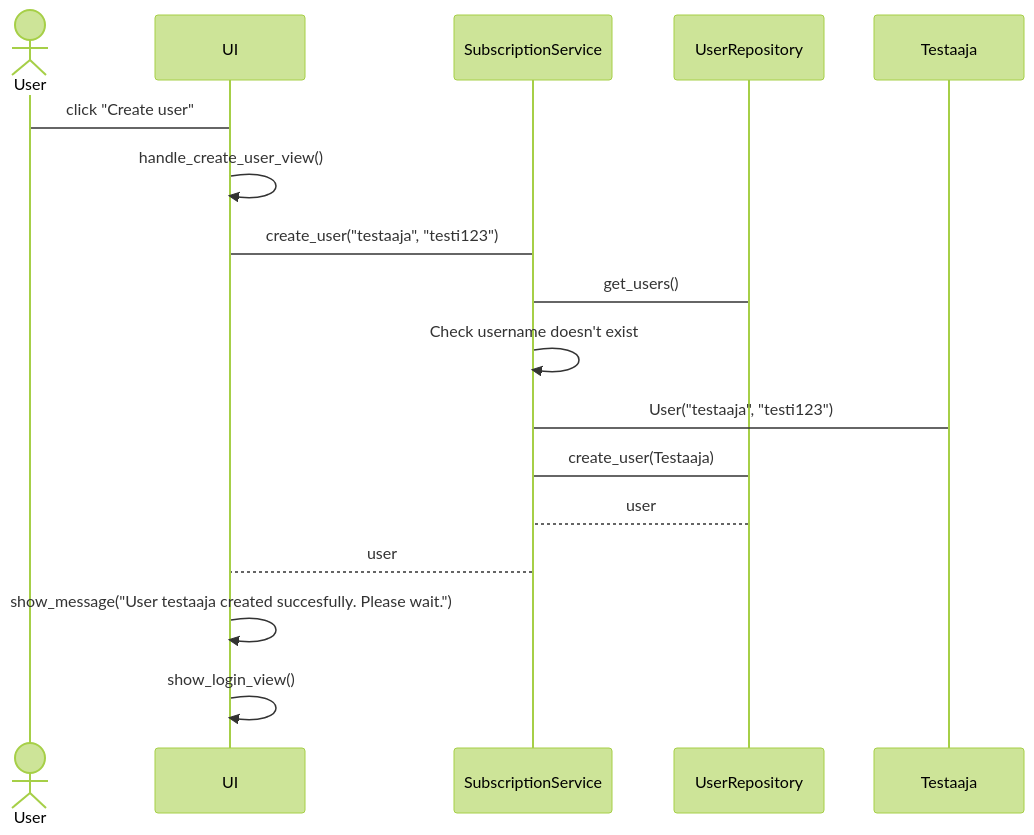
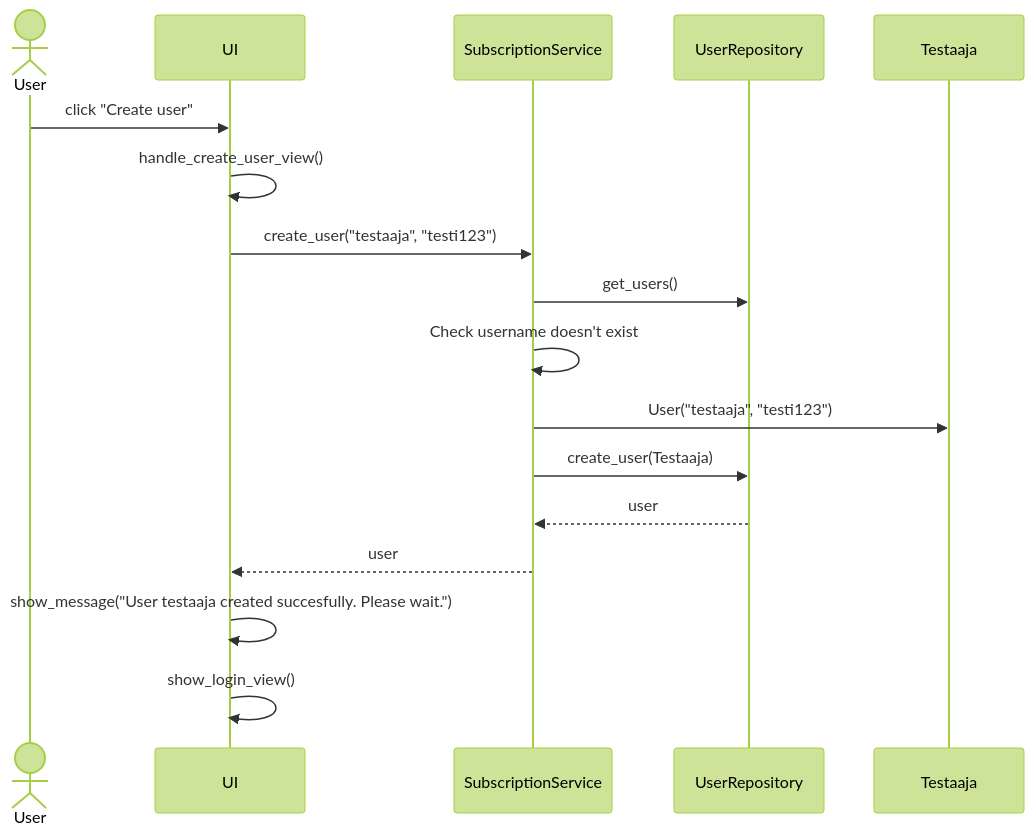
Before and after one commit to imhlas/ot-harjoitustyo: the third of 5 diagrams in harjoitustyo/dokumentaatio/arkkitehtuuri.md, drawn with Mermaid (forest theme). The commit also changed other lines of this file, not shown here.

````diff
--- a/harjoitustyo/dokumentaatio/arkkitehtuuri.md
+++ b/harjoitustyo/dokumentaatio/arkkitehtuuri.md
@@ -48,19 +48,19 @@
 ```mermaid
 sequenceDiagram
   actor User
   participant UI
   participant SubscriptionService
   participant UserRepository
   participant Testaaja
-  User->UI: click "Create user"
+  User->>UI: click "Create user"
   UI->>UI: handle_create_user_view()
-  UI->SubscriptionService: create_user("testaaja", "testi123")
-  SubscriptionService->UserRepository: get_users()
+  UI->>SubscriptionService: create_user("testaaja", "testi123")
+  SubscriptionService->>UserRepository: get_users()
   SubscriptionService->>SubscriptionService: Check username doesn't exist
-  SubscriptionService->Testaaja: User("testaaja", "testi123")
-  SubscriptionService->UserRepository: create_user(Testaaja)
-  UserRepository-->SubscriptionService: user
-  SubscriptionService-->UI: user
+  SubscriptionService->>Testaaja: User("testaaja", "testi123")
+  SubscriptionService->>UserRepository: create_user(Testaaja)
+  UserRepository-->>SubscriptionService: user
+  SubscriptionService-->>UI: user
   UI->>UI: show_message("User testaaja created succesfully. Please wait.")
   UI->>UI: show_login_view()
 ```
````
